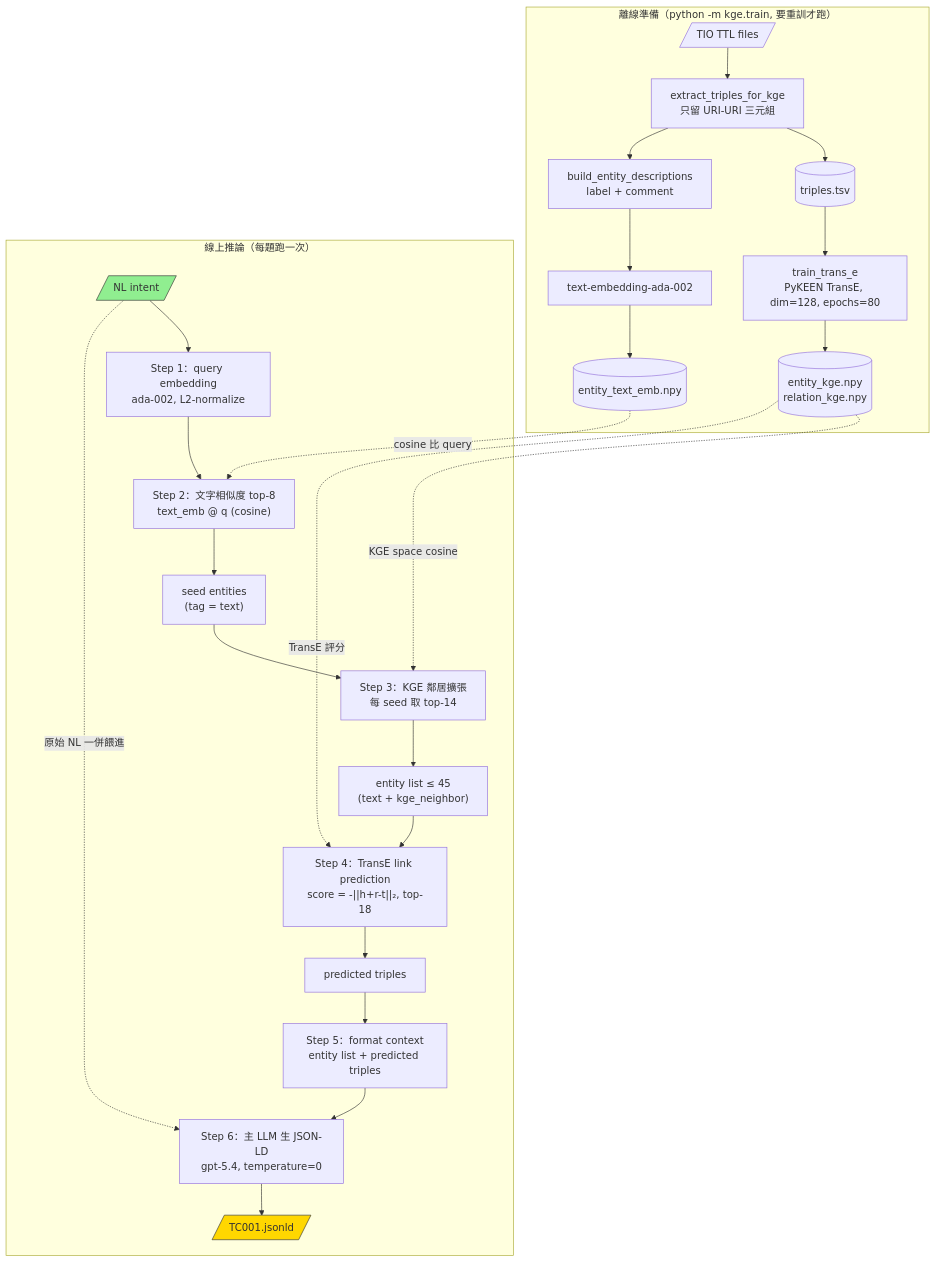
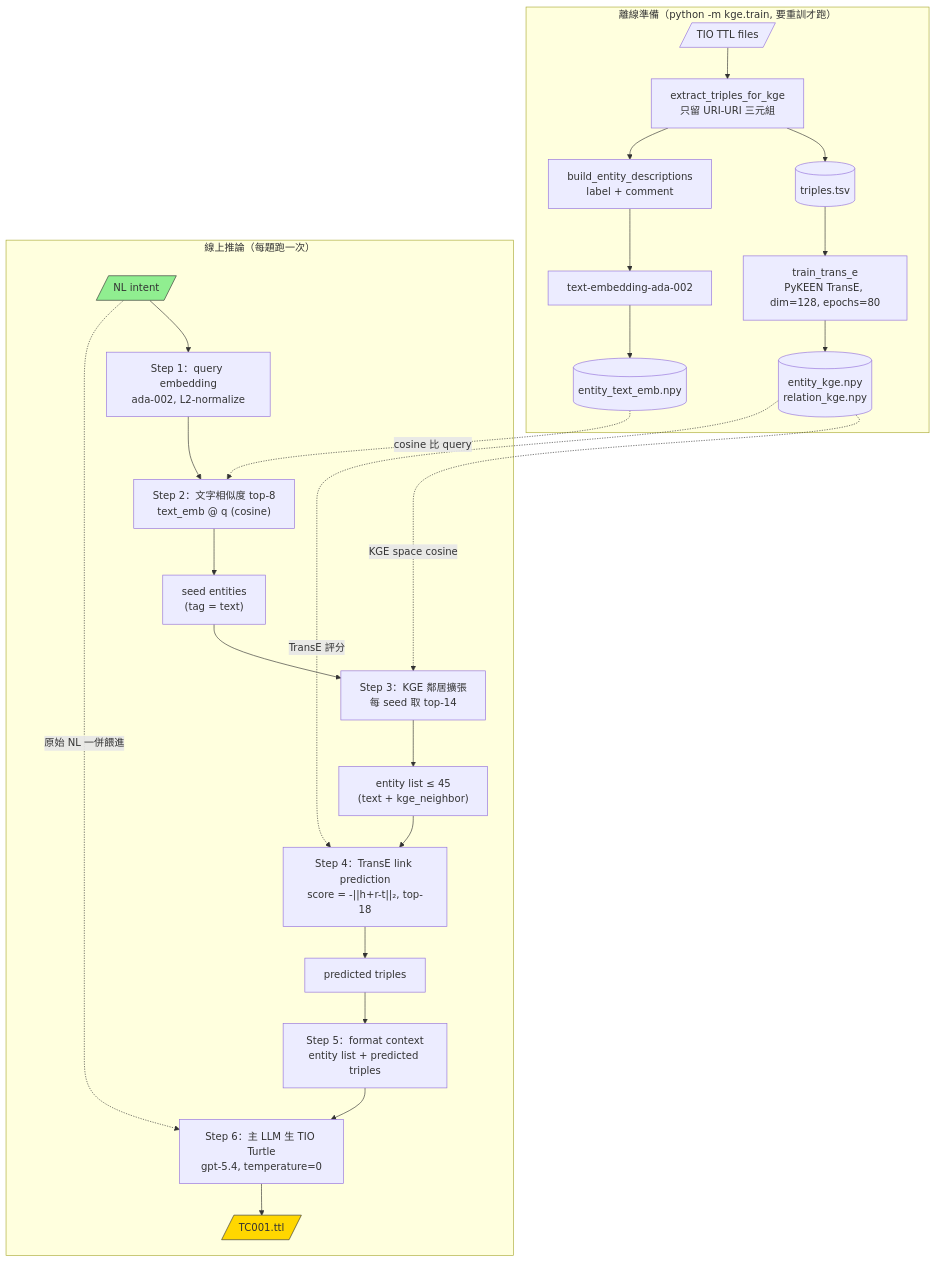
Before and after one commit to grantyehh/NL_Translate_TIO: the second of 3 diagrams in mechanism.md, drawn with Mermaid. The commit also changed other lines of this file and 5 other files, not shown here.

Commit message:
docs: update pipeline docs from JSON-LD to TIO Turtle output

````diff
--- a/mechanism.md
+++ b/mechanism.md
@@ -311,34 +310,34 @@
 ```mermaid
 flowchart TD
     subgraph Offline["離線準備（python -m kge.train, 要重訓才跑）"]
         TTL[/"TIO TTL files"/] --> Extract["extract_triples_for_kge<br/>只留 URI-URI 三元組"]
         Extract --> TSV[("triples.tsv")]
         TSV --> TransE["train_trans_e<br/>PyKEEN TransE, dim=128, epochs=80"]
         TransE --> KGEemb[("entity_kge.npy<br/>relation_kge.npy")]
         Extract --> Desc["build_entity_descriptions<br/>label + comment"]
         Desc --> Ada["text-embedding-ada-002"]
         Ada --> TextEmb[("entity_text_emb.npy")]
     end
 
     subgraph Online["線上推論（每題跑一次）"]
         NL[/"NL intent"/]
         NL --> Q["Step 1：query embedding<br/>ada-002, L2-normalize"]
         Q --> S2["Step 2：文字相似度 top-8<br/>text_emb @ q (cosine)"]
         S2 --> Seeds["seed entities<br/>(tag = text)"]
         Seeds --> S3["Step 3：KGE 鄰居擴張<br/>每 seed 取 top-14"]
         S3 --> Expanded["entity list ≤ 45<br/>(text + kge_neighbor)"]
         Expanded --> S4["Step 4：TransE link prediction<br/>score = -||h+r-t||₂, top-18"]
         S4 --> Preds["predicted triples"]
         Preds --> S5["Step 5：format context<br/>entity list + predicted triples"]
-        S5 --> S6["Step 6：主 LLM 生 JSON-LD<br/>gpt-5.4, temperature=0"]
-        S6 --> Out[/"TC001.jsonld"/]
+        S5 --> S6["Step 6：主 LLM 生 TIO Turtle<br/>gpt-5.4, temperature=0"]
+        S6 --> Out[/"TC001.ttl"/]
     end
 
     TextEmb -. cosine 比 query .-> S2
     KGEemb -. KGE space cosine .-> S3
     KGEemb -. TransE 評分 .-> S4
     NL -. 原始 NL 一併餵進 .-> S6
 
     style NL fill:#90EE90,stroke:#333
     style Out fill:#FFD700,stroke:#333
 ```
````
